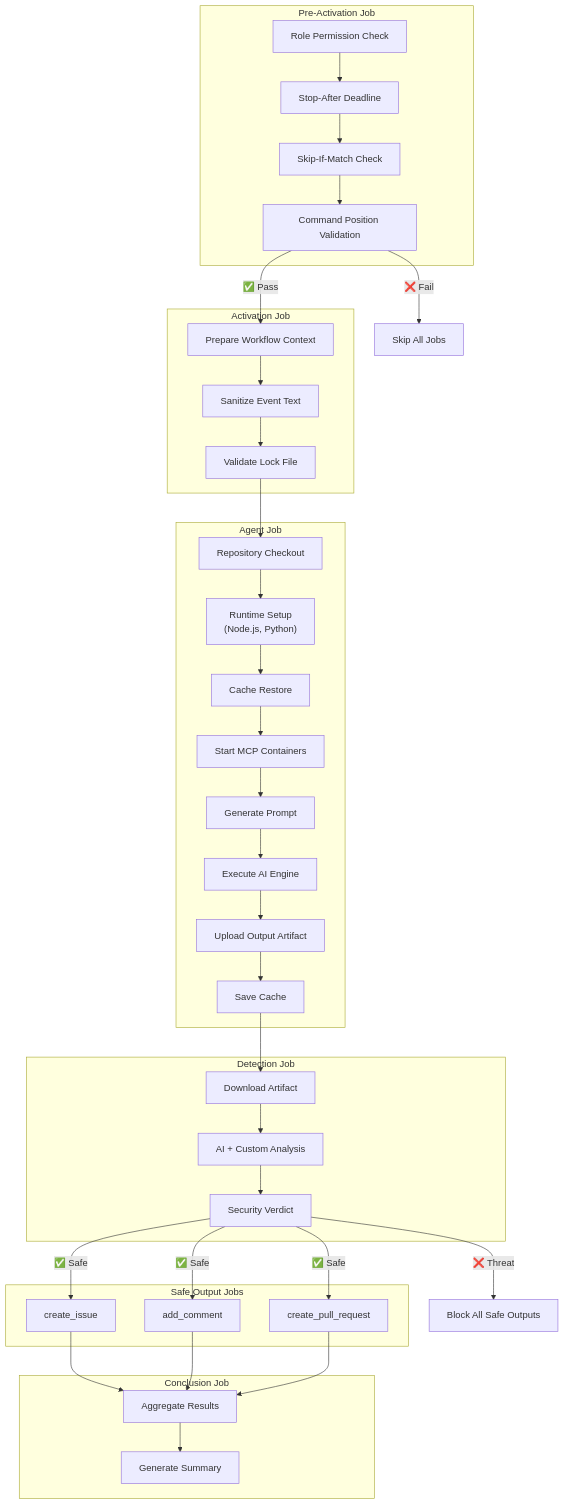
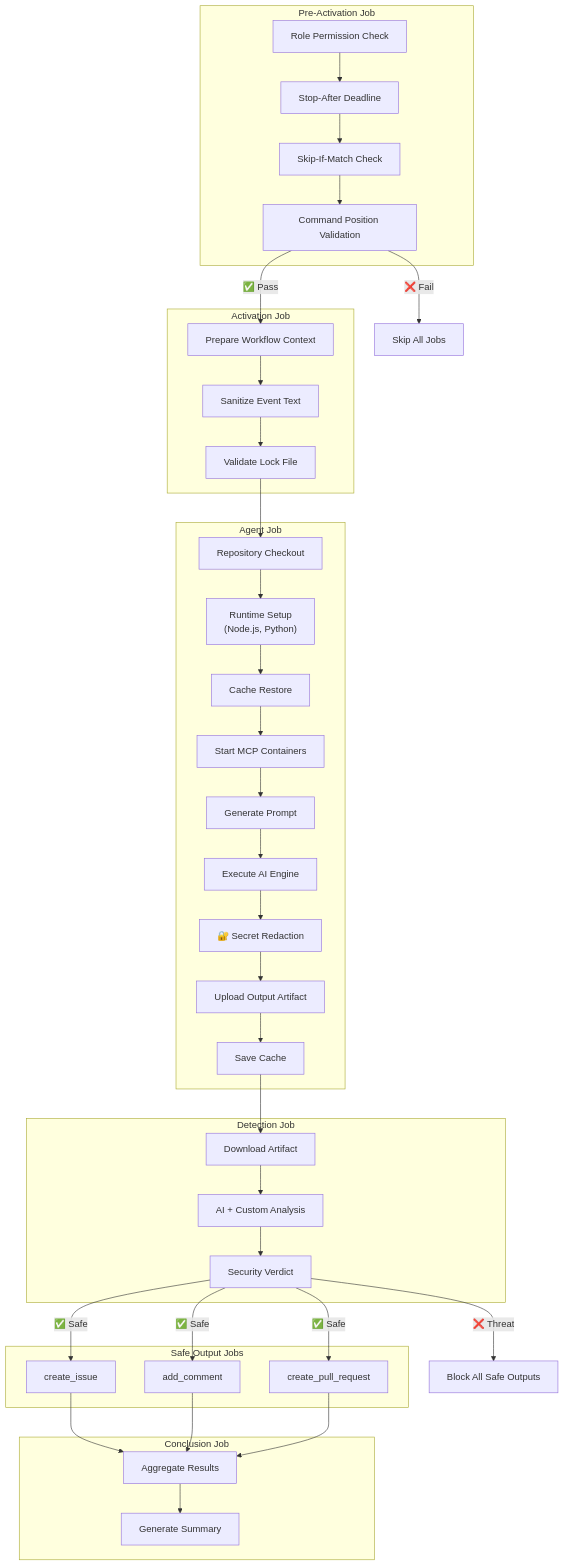
Before and after one commit to githubnext/gh-aw: the ninth of 9 diagrams in docs/src/content/docs/introduction/architecture.mdx, drawn with Mermaid. The commit also changed other lines of this file, not shown here.

Commit message:
Add Secret Redaction section to Security Architecture documentation

````diff
--- a/docs/src/content/docs/introduction/architecture.mdx
+++ b/docs/src/content/docs/introduction/architecture.mdx
@@ -403,75 +470,77 @@
 ```mermaid
 flowchart TB
     subgraph PreActivation["Pre-Activation Job"]
         ROLE["Role Permission Check"]
         DEADLINE["Stop-After Deadline"]
         SKIP["Skip-If-Match Check"]
         COMMAND["Command Position Validation"]
     end
 
     subgraph Activation["Activation Job"]
         CONTEXT["Prepare Workflow Context"]
         SANITIZE["Sanitize Event Text"]
         LOCK_CHECK["Validate Lock File"]
     end
 
     subgraph Agent["Agent Job"]
         CHECKOUT["Repository Checkout"]
         RUNTIME["Runtime Setup<br/>(Node.js, Python)"]
         CACHE_RESTORE["Cache Restore"]
         MCP_START["Start MCP Containers"]
         PROMPT["Generate Prompt"]
         EXECUTE["Execute AI Engine"]
+        REDACT["🔐 Secret Redaction"]
         UPLOAD["Upload Output Artifact"]
         CACHE_SAVE["Save Cache"]
     end
 
     subgraph Detection["Detection Job"]
         DOWNLOAD_DETECT["Download Artifact"]
         ANALYZE["AI + Custom Analysis"]
         VERDICT["Security Verdict"]
     end
 
     subgraph SafeOutputs["Safe Output Jobs"]
         CREATE_ISSUE["create_issue"]
         ADD_COMMENT["add_comment"]
         CREATE_PR["create_pull_request"]
     end
 
     subgraph Conclusion["Conclusion Job"]
         AGGREGATE["Aggregate Results"]
         SUMMARY["Generate Summary"]
     end
 
     ROLE --> DEADLINE
     DEADLINE --> SKIP
     SKIP --> COMMAND
     COMMAND -->|"✅ Pass"| CONTEXT
     COMMAND -->|"❌ Fail"| SKIP_ALL["Skip All Jobs"]
 
     CONTEXT --> SANITIZE
     SANITIZE --> LOCK_CHECK
     LOCK_CHECK --> CHECKOUT
 
     CHECKOUT --> RUNTIME
     RUNTIME --> CACHE_RESTORE
     CACHE_RESTORE --> MCP_START
     MCP_START --> PROMPT
     PROMPT --> EXECUTE
-    EXECUTE --> UPLOAD
+    EXECUTE --> REDACT
+    REDACT --> UPLOAD
     UPLOAD --> CACHE_SAVE
     CACHE_SAVE --> DOWNLOAD_DETECT
 
     DOWNLOAD_DETECT --> ANALYZE
     ANALYZE --> VERDICT
 
     VERDICT -->|"✅ Safe"| CREATE_ISSUE
     VERDICT -->|"✅ Safe"| ADD_COMMENT
     VERDICT -->|"✅ Safe"| CREATE_PR
     VERDICT -->|"❌ Threat"| BLOCK_ALL["Block All Safe Outputs"]
 
     CREATE_ISSUE --> AGGREGATE
     ADD_COMMENT --> AGGREGATE
     CREATE_PR --> AGGREGATE
     AGGREGATE --> SUMMARY
 ```
````
